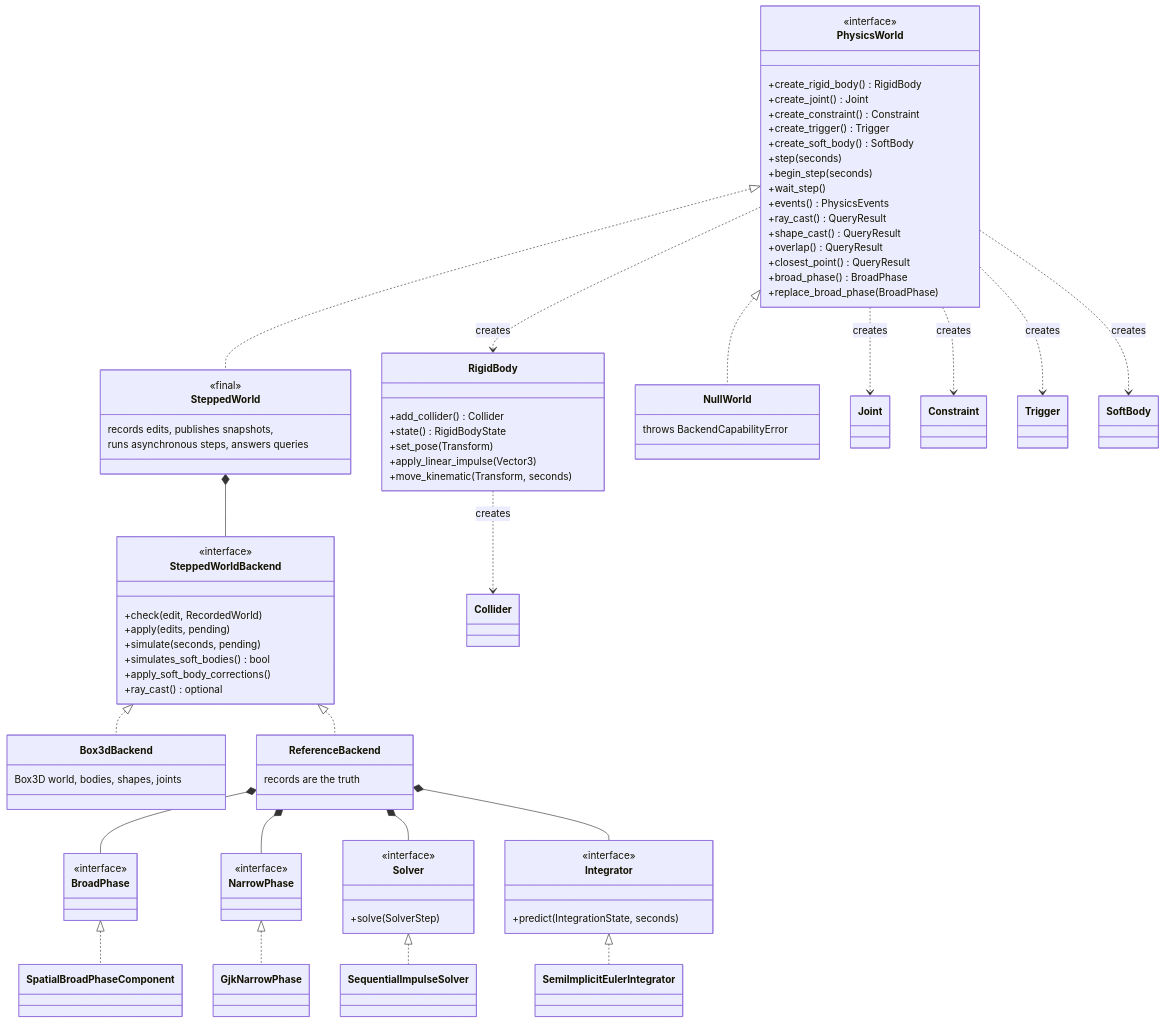
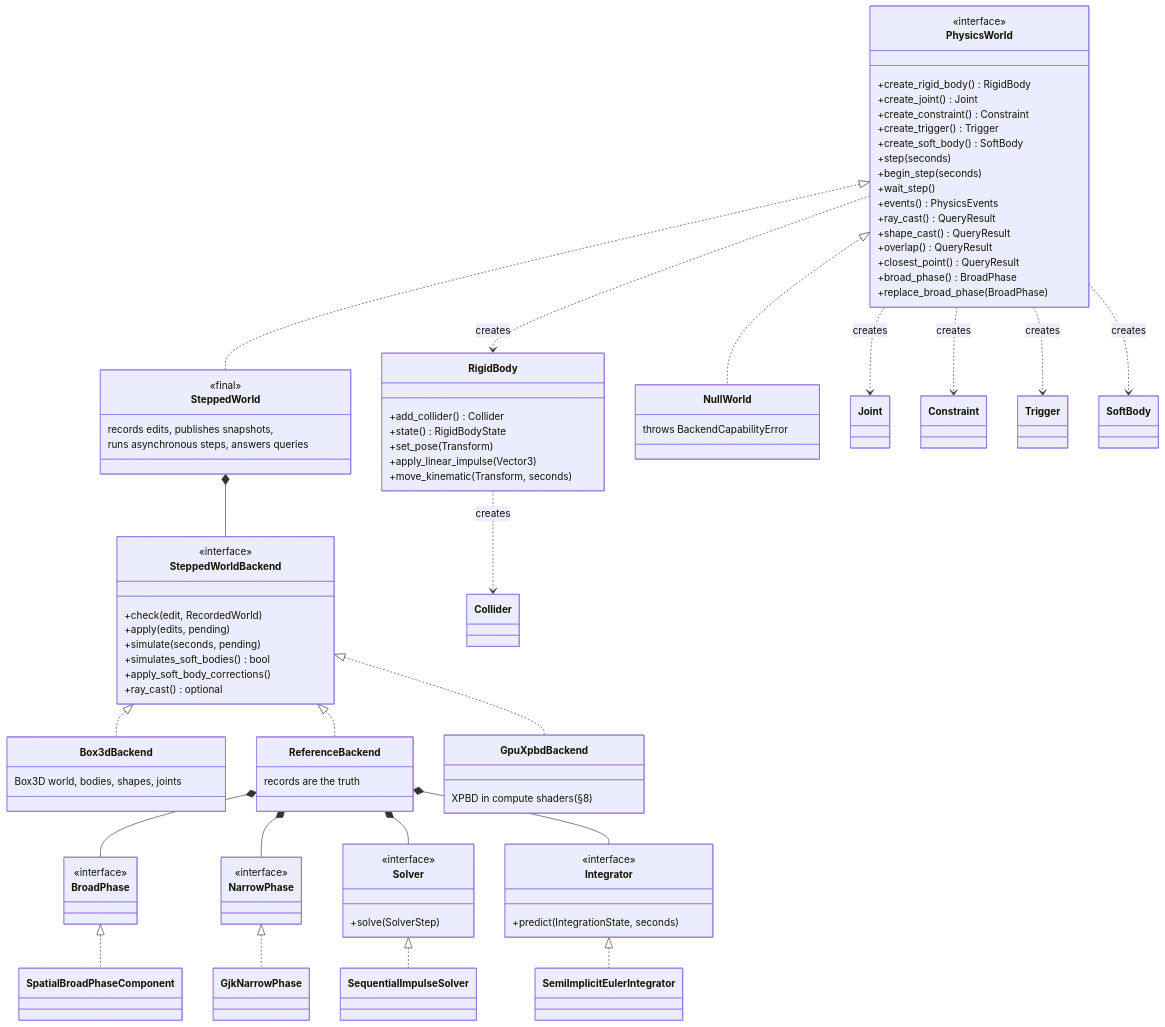
Before and after one commit to bueno-mhc/gfx: diagram 23 of 37 in docs/architecture.md, drawn with Mermaid. The commit also changed other lines of this file and 10 other files, not shown here.

```diff
--- a/docs/architecture.md
+++ b/docs/architecture.md
@@ -979,6 +988,9 @@
     class ReferenceBackend {
         records are the truth
     }
+    class GpuXpbdBackend {
+        XPBD in compute shaders (§8)
+    }
     class NullWorld {
         throws BackendCapabilityError
     }
@@ -1007,6 +1019,7 @@
     SteppedWorld *-- SteppedWorldBackend
     SteppedWorldBackend <|.. Box3dBackend
     SteppedWorldBackend <|.. ReferenceBackend
+    SteppedWorldBackend <|.. GpuXpbdBackend
     ReferenceBackend *-- BroadPhase
     ReferenceBackend *-- NarrowPhase
     ReferenceBackend *-- Solver
```
